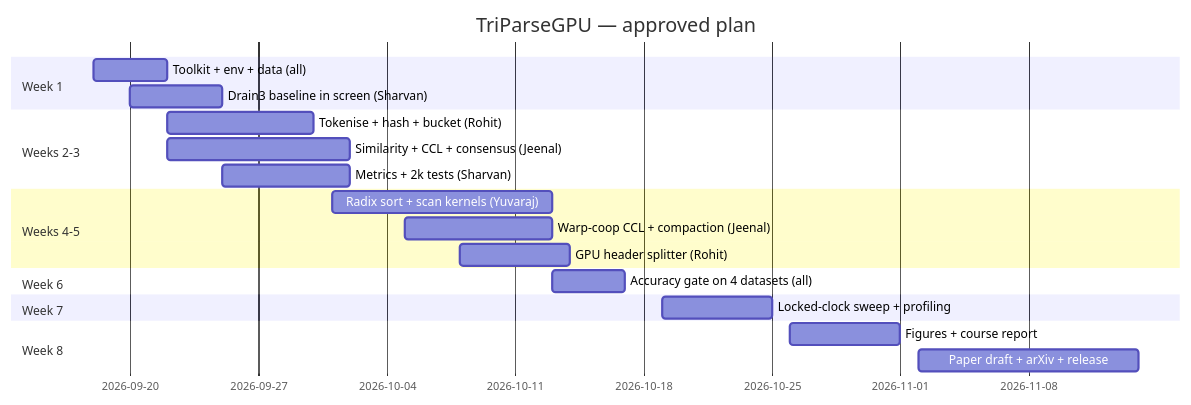
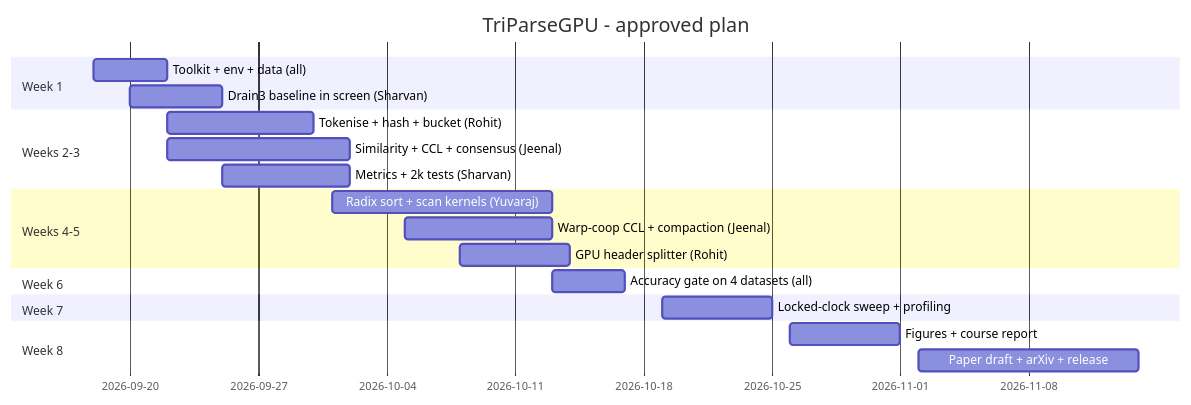
Before and after one commit to rpaut03l/triparsegpu: the diagram in docs/RUNBOOK.md, drawn with Mermaid. The commit also changed other lines of this file, not shown here.

````diff
--- a/docs/RUNBOOK.md
+++ b/docs/RUNBOOK.md
@@ -81,23 +81,23 @@
 ```mermaid
 gantt
-    title TriParseGPU — approved plan
+    title TriParseGPU - approved plan
     dateFormat YYYY-MM-DD
     section Week 1
     Toolkit + env + data (all)              :a1, 2026-09-18, 4d
     Drain3 baseline in screen (Sharvan)     :a2, 2026-09-20, 5d
     section Weeks 2-3
     Tokenise + hash + bucket (Rohit)        :b1, 2026-09-22, 8d
     Similarity + CCL + consensus (Jeenal)   :b2, 2026-09-22, 10d
     Metrics + 2k tests (Sharvan)            :b3, 2026-09-25, 7d
     section Weeks 4-5
     Radix sort + scan kernels (Yuvaraj)     :c1, 2026-10-01, 12d
     Warp-coop CCL + compaction (Jeenal)     :c2, 2026-10-05, 8d
     GPU header splitter (Rohit)             :c3, 2026-10-08, 6d
     section Week 6
     Accuracy gate on 4 datasets (all)       :d1, 2026-10-13, 4d
     section Week 7
     Locked-clock sweep + profiling          :d2, 2026-10-19, 6d
     section Week 8
     Figures + course report                 :e1, 2026-10-26, 6d
     Paper draft + arXiv + release           :e2, 2026-11-02, 12d
 ```
````
